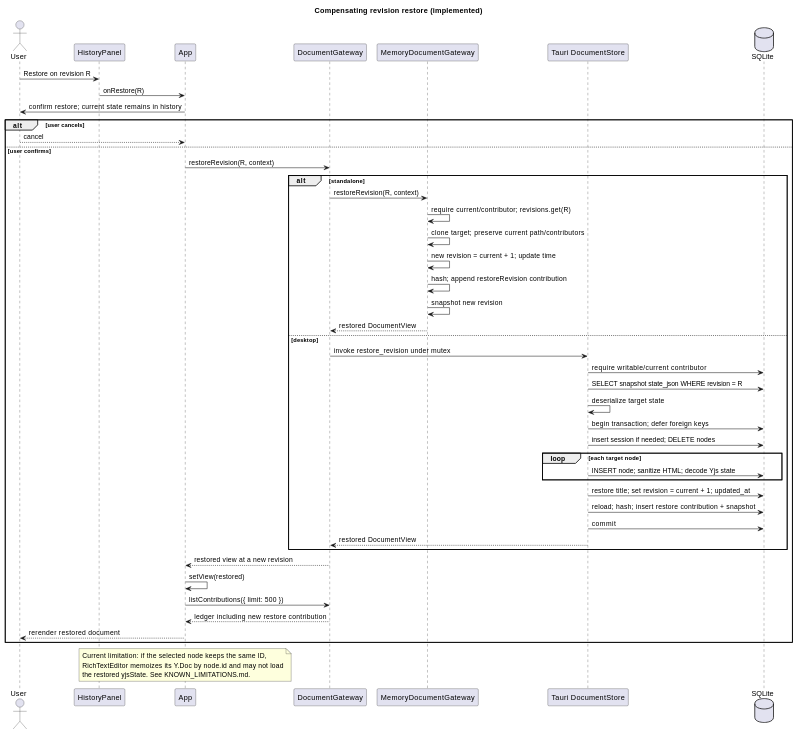
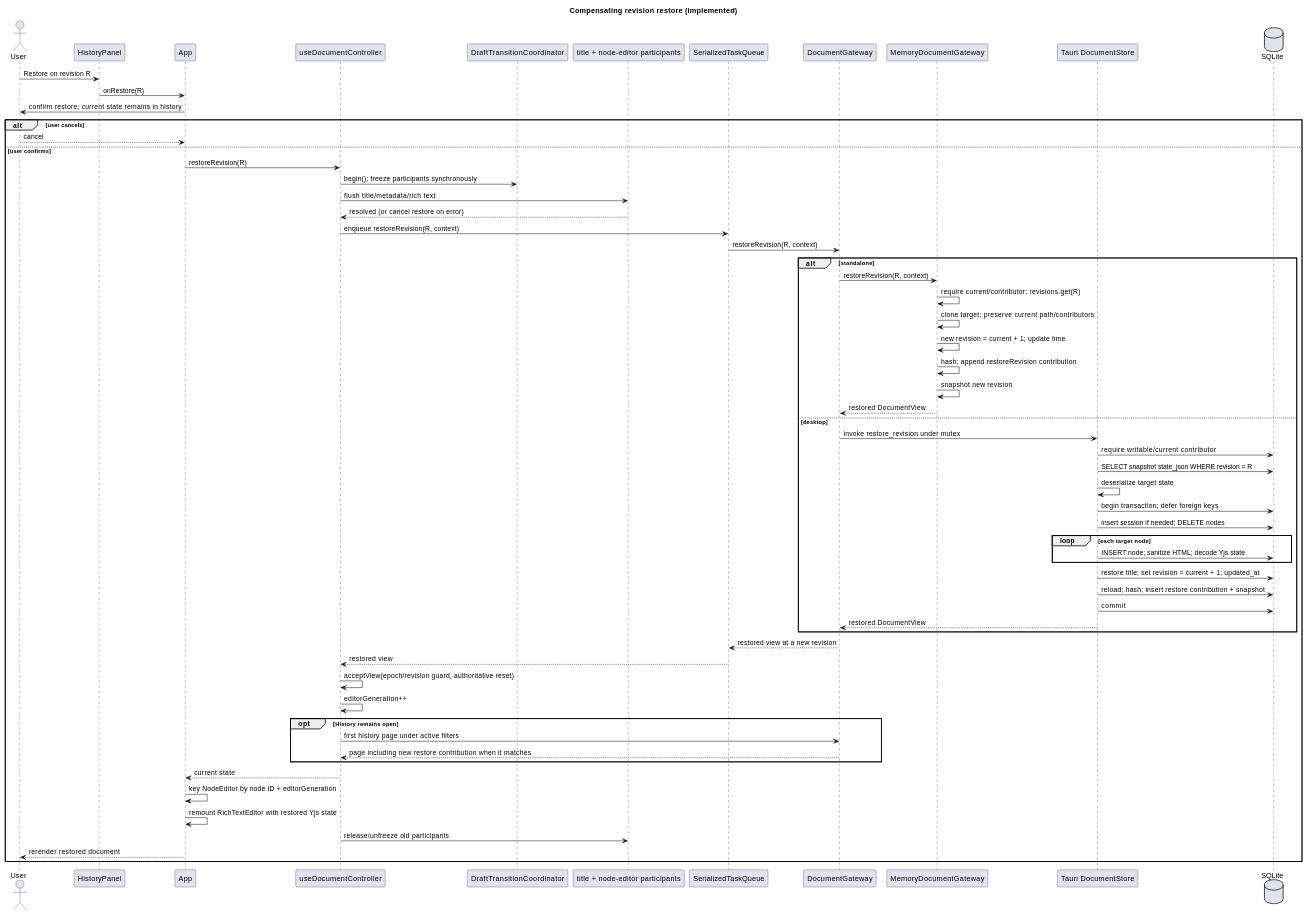
One commit to benoit-gl/coedit changed the eighth of 13 diagrams in docs/SEQUENCE_DIAGRAMS.md. Above: the diagram before and after it, drawn with PlantUML. The commit also changed other lines of this file and 44 other files, not shown here.

Commit message:
Architectural update (cleanup)

````diff
--- a/docs/SEQUENCE_DIAGRAMS.md
+++ b/docs/SEQUENCE_DIAGRAMS.md
@@ -395,55 +464,66 @@
 ```plantuml
 @startuml
 title Compensating revision restore (implemented)
 actor User
 participant "HistoryPanel" as Panel
 participant "App" as App
+participant "useDocumentController" as Controller
+participant "DraftTransitionCoordinator" as Drafts
+participant "title + node-editor participants" as Participants
+participant "SerializedTaskQueue" as Queue
 participant "DocumentGateway" as Gateway
 participant "MemoryDocumentGateway" as Memory
 participant "Tauri DocumentStore" as Store
 database "SQLite" as SQLite
 
 User -> Panel : Restore on revision R
 Panel -> App : onRestore(R)
 App -> User : confirm restore; current state remains in history
 alt user cancels
   User --> App : cancel
 else user confirms
-  App -> Gateway : restoreRevision(R, context)
+  App -> Controller : restoreRevision(R)
+  Controller -> Drafts : begin(); freeze participants synchronously
+  Controller -> Participants : flush title/metadata/rich text
+  Participants --> Controller : resolved (or cancel restore on error)
+  Controller -> Queue : enqueue restoreRevision(R, context)
+  Queue -> Gateway : restoreRevision(R, context)
   alt standalone
     Gateway -> Memory : restoreRevision(R, context)
     Memory -> Memory : require current/contributor; revisions.get(R)
     Memory -> Memory : clone target; preserve current path/contributors
     Memory -> Memory : new revision = current + 1; update time
     Memory -> Memory : hash; append restoreRevision contribution
     Memory -> Memory : snapshot new revision
     Memory --> Gateway : restored DocumentView
   else desktop
     Gateway -> Store : invoke restore_revision under mutex
     Store -> SQLite : require writable/current contributor
     Store -> SQLite : SELECT snapshot state_json WHERE revision = R
     Store -> Store : deserialize target state
     Store -> SQLite : begin transaction; defer foreign keys
     Store -> SQLite : insert session if needed; DELETE nodes
     loop each target node
       Store -> SQLite : INSERT node; sanitize HTML; decode Yjs state
     end
     Store -> SQLite : restore title; set revision = current + 1; updated_at
     Store -> SQLite : reload; hash; insert restore contribution + snapshot
     Store -> SQLite : commit
     Store --> Gateway : restored DocumentView
   end
-  Gateway --> App : restored view at a new revision
-  App -> App : setView(restored)
-  App -> Gateway : listContributions({ limit: 500 })
-  Gateway --> App : ledger including new restore contribution
+  Gateway --> Queue : restored view at a new revision
+  Queue --> Controller : restored view
+  Controller -> Controller : acceptView(epoch/revision guard, authoritative reset)
+  Controller -> Controller : editorGeneration++
+  opt History remains open
+    Controller -> Gateway : first history page under active filters
+    Gateway --> Controller : page including new restore contribution when it matches
+  end
+  Controller --> App : current state
+  App -> App : key NodeEditor by node ID + editorGeneration
+  App -> App : remount RichTextEditor with restored Yjs state
+  Controller -> Participants : release/unfreeze old participants
   App --> User : rerender restored document
 end
-
-note over App
-  Current limitation: if the selected node keeps the same ID,
-  RichTextEditor memoizes its Y.Doc by node.id and may not load
-  the restored yjsState. See KNOWN_LIMITATIONS.md.
-end note
 @enduml
 ```
````
